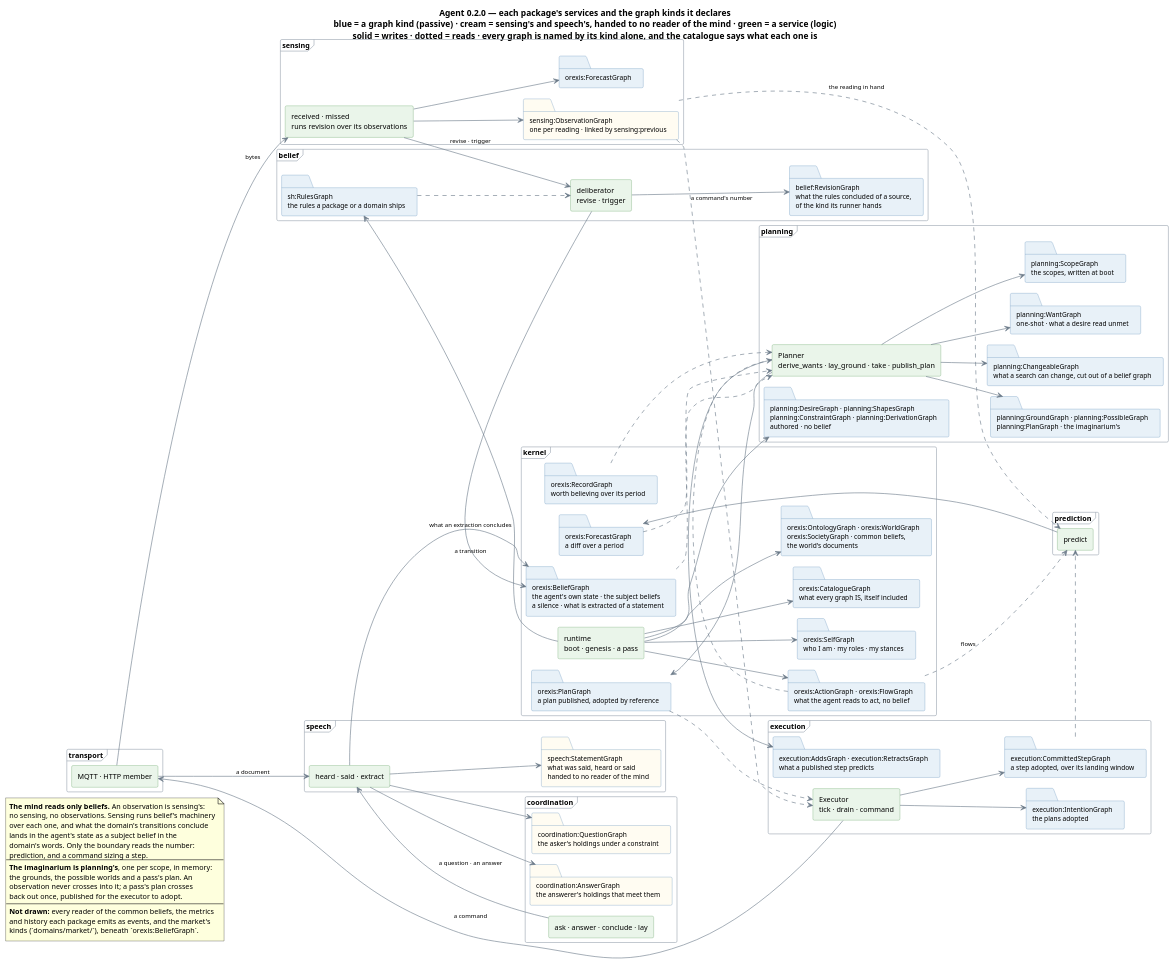
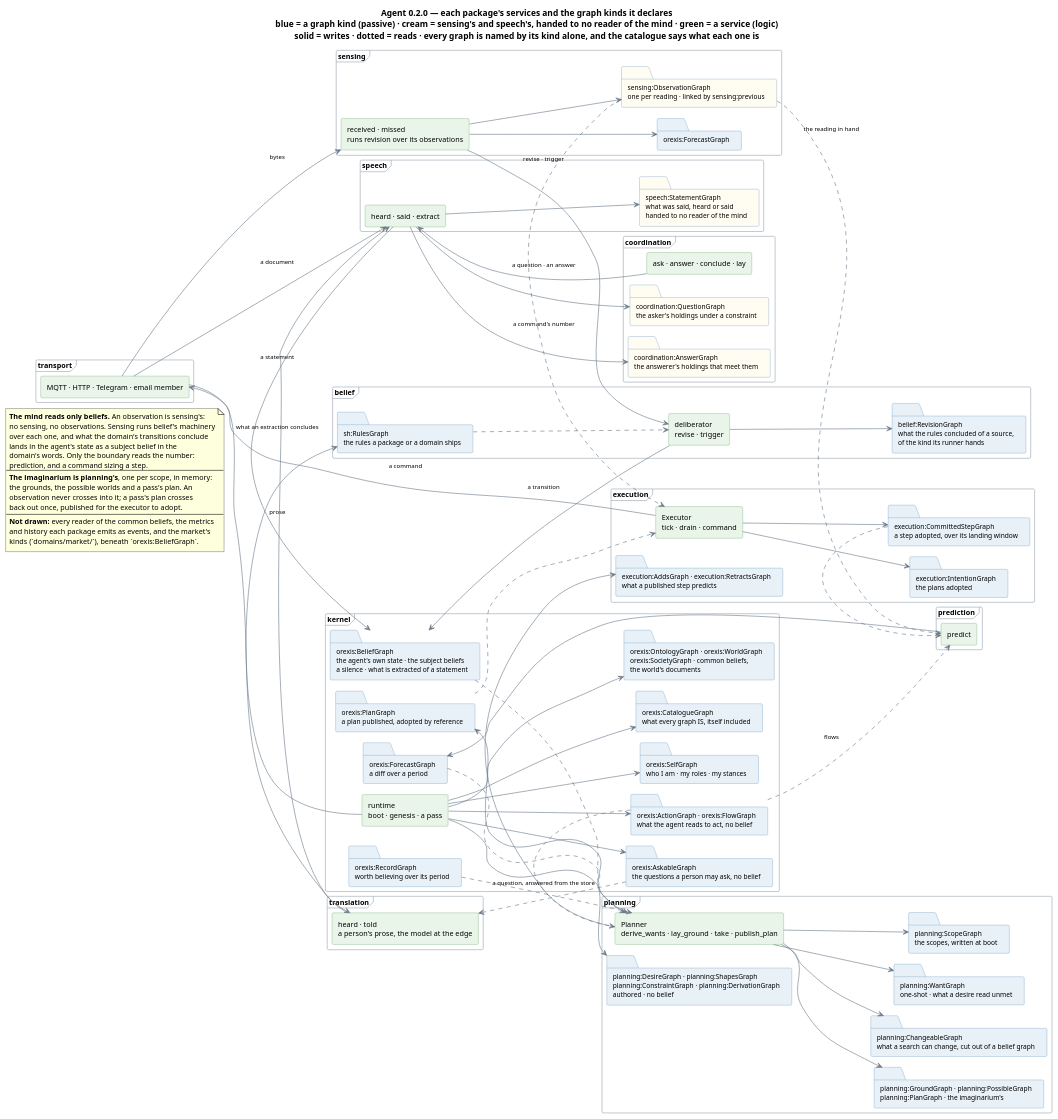
One commit to ShishkinDmitriy/orexis changed the diagram in knowledge/diagrams/agent-structure.puml. Above: the diagram before and after it, drawn with PlantUML. The commit also changed 30 other files, not shown here.

```diff
--- a/knowledge/diagrams/agent-structure.puml
+++ b/knowledge/diagrams/agent-structure.puml
@@ -1,146 +1,155 @@
 @startuml agent-structure
 !pragma layout smetana
 title Agent 0.2.0 — each package's services and the graph kinds it declares\nblue = a graph kind (passive) · cream = sensing's and speech's, handed to no reader of the mind · green = a service (logic)\nsolid = writes · dotted = reads · every graph is named by its kind alone, and the catalogue says what each one is
 
 left to right direction
 skinparam componentStyle rectangle
 skinparam shadowing false
 skinparam defaultFontSize 12
 skinparam titleFontSize 14
 skinparam ArrowFontSize 10
 skinparam ArrowColor #6B7A88
 skinparam folder {
   BackgroundColor #E8F1F8
   BorderColor #5B8DB8
   FontSize 11
 }
 skinparam component {
   BackgroundColor #EAF5EA
   BorderColor #5E9E5E
 }
 skinparam frame {
   BorderColor #9AA5B1
   FontSize 12
 }
 
 frame "transport" {
-  component "MQTT · HTTP member" as TR
+  component "MQTT · HTTP · Telegram · email member" as TR
 }
 
 frame "sensing" {
   component "received · missed\nruns revision over its observations" as SEN
   folder "sensing:ObservationGraph\none per reading · linked by sensing:previous" as obs #FFFCF2
   folder "orexis:ForecastGraph" as fc
 }
 
 frame "speech" {
   component "heard · said · extract" as SP
   folder "speech:StatementGraph\nwhat was said, heard or said\nhanded to no reader of the mind" as utt #FFFCF2
+}
+
+frame "translation" {
+  component "heard · told\na person's prose, the model at the edge" as TRL
 }
 
 frame "coordination" {
   component "ask · answer · conclude · lay" as CO
   folder "coordination:QuestionGraph\nthe asker's holdings under a constraint" as que #FFFCF2
   folder "coordination:AnswerGraph\nthe answerer's holdings that meet them" as ans #FFFCF2
 }
 
 frame "belief" {
   component "deliberator\nrevise · trigger" as DEL
   folder "belief:RevisionGraph\nwhat the rules concluded of a source,\nof the kind its runner hands" as rev
   folder "sh:RulesGraph\nthe rules a package or a domain ships" as rules
 }
 
 frame "kernel" {
   component "runtime\nboot · genesis · a pass" as RT
   folder "orexis:CatalogueGraph\nwhat every graph IS, itself included" as cat
   folder "orexis:OntologyGraph · orexis:WorldGraph\norexis:SocietyGraph · common beliefs,\nthe world's documents" as pub
   folder "orexis:ActionGraph · orexis:FlowGraph\nwhat the agent reads to act, no belief" as acts
   folder "orexis:SelfGraph\nwho I am · my roles · my stances" as self
+  folder "orexis:AskableGraph\nthe questions a person may ask, no belief" as askg
   folder "orexis:BeliefGraph\nthe agent's own state · the subject beliefs\na silence · what is extracted of a statement" as st
   folder "orexis:ForecastGraph\na diff over a period" as pr
   folder "orexis:PlanGraph\na plan published, adopted by reference" as plan
   folder "orexis:RecordGraph\nworth believing over its period" as rec
 }
 
 frame "prediction" {
   component "predict" as PRE
 }
 
 frame "planning" {
   component "Planner\nderive_wants · lay_ground · take · publish_plan" as PL
   folder "planning:DesireGraph · planning:ShapesGraph\nplanning:ConstraintGraph · planning:DerivationGraph\nauthored · no belief" as des
   folder "planning:WantGraph\none-shot · what a desire read unmet" as want
   folder "planning:ScopeGraph\nthe scopes, written at boot" as scope
   folder "planning:GroundGraph · planning:PossibleGraph\nplanning:PlanGraph · the imaginarium's" as img
   folder "planning:ChangeableGraph\nwhat a search can change, cut out of a belief graph" as cut
 }
 
 frame "execution" {
   component "Executor\ntick · drain · command" as EX
   folder "execution:IntentionGraph\nthe plans adopted" as int
   folder "execution:CommittedStepGraph\na step adopted, over its landing window" as cs
   folder "execution:AddsGraph · execution:RetractsGraph\nwhat a published step predicts" as diff
 }
 
 ' ───────────────────────── who writes what ─────────────────────────
 
 RT  --> cat
 RT  --> pub
 RT  --> acts
 RT  --> self
 RT  --> des
 RT  --> rules
+RT  --> askg
+TR  --> TRL : prose
+TRL --> SP : a statement
 TR  --> SEN : bytes
 TR  --> SP : a document
 SEN --> obs
 SEN --> fc
 SEN --> DEL : revise · trigger
 DEL --> rev
 DEL --> st : a transition
 SP  --> utt
 SP  --> st : what an extraction concludes
 CO  --> SP : a question · an answer
 SP  --> que
 SP  --> ans
 PRE --> pr
 PL  --> scope
 PL  --> want
 PL  --> img
 PL  --> cut
 PL  --> plan
 PL  --> diff
 EX  --> int
 EX  --> cs
 EX  --> TR : a command
 
 ' ───────────────────────── who reads what ─────────────────────────
 
 obs ..> PRE : the reading in hand
 obs ..> EX : a command's number
 cs  ..> PRE
 st  ..> PL
 pr  ..> PL
 rec ..> PL
 plan ..> EX
 rules ..> DEL
 acts ..> PL
 acts ..> PRE : flows
+askg ..> TRL : a question, answered from the store
 
 note as N1
   **The mind reads only beliefs.** An observation is sensing's:
   no sensing, no observations. Sensing runs belief's machinery
   over each one, and what the domain's transitions conclude
   lands in the agent's state as a subject belief in the
   domain's words. Only the boundary reads the number:
   prediction, and a command sizing a step.
   ----
   **The imaginarium is planning's**, one per scope, in memory:
   the grounds, the possible worlds and a pass's plan. An
   observation never crosses into it; a pass's plan crosses
   back out once, published for the executor to adopt.
   ----
   **Not drawn:** every reader of the common beliefs, the metrics
   and history each package emits as events, and the market's
   kinds (`domains/market/`), beneath `orexis:BeliefGraph`.
 end note
 @enduml
```
